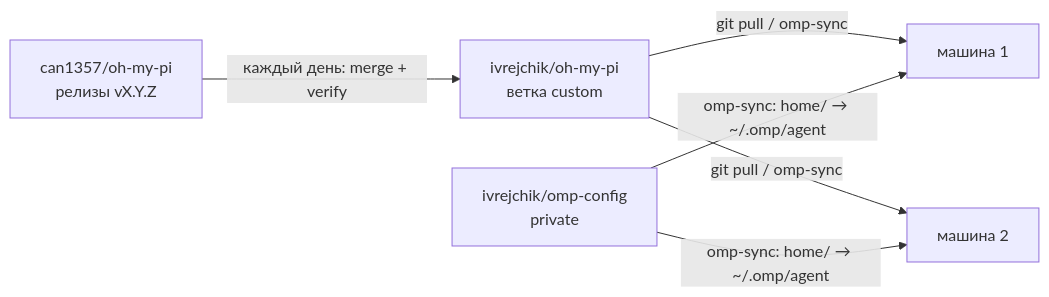
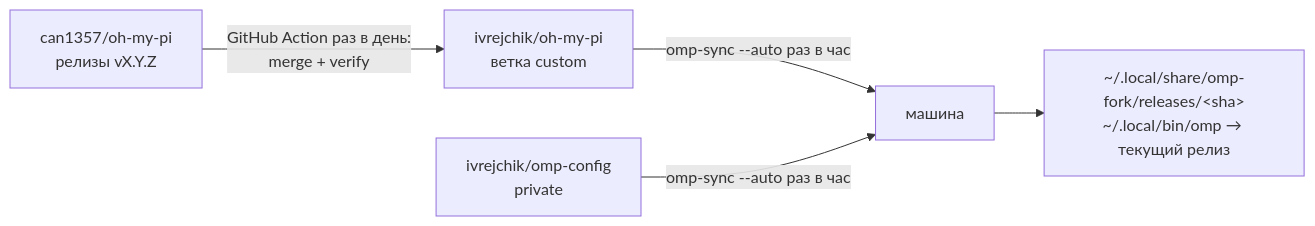
One commit to ivrejchik/oh-my-pi changed the diagram in .github/README.md. Above: the diagram before and after it, drawn with Mermaid. The commit also changed other lines of this file, not shown here.

Commit message:
docs(fork): document releases and hourly auto-sync

````diff
--- a/.github/README.md
+++ b/.github/README.md
@@ -21,8 +21,8 @@
 ```mermaid
 flowchart LR
-  U["can1357/oh-my-pi<br/>релизы vX.Y.Z"] -->|"каждый день: merge + verify"| C["ivrejchik/oh-my-pi<br/>ветка custom"]
-  C -->|"git pull / omp-sync"| M1["машина 1"]
-  C -->|"git pull / omp-sync"| M2["машина 2"]
-  K["ivrejchik/omp-config<br/>private"] -->|"omp-sync: home/ → ~/.omp/agent"| M1
-  K -->|"omp-sync: home/ → ~/.omp/agent"| M2
+  U["can1357/oh-my-pi<br/>релизы vX.Y.Z"] -->|"GitHub Action раз в день:<br/>merge + verify"| C["ivrejchik/oh-my-pi<br/>ветка custom"]
+  K["ivrejchik/omp-config<br/>private"]
+  C -->|"omp-sync --auto раз в час"| M["машина"]
+  K -->|"omp-sync --auto раз в час"| M
+  M --> R["~/.local/share/omp-fork/releases/&lt;sha&gt;<br/>~/.local/bin/omp → текущий релиз"]
 ```
````
